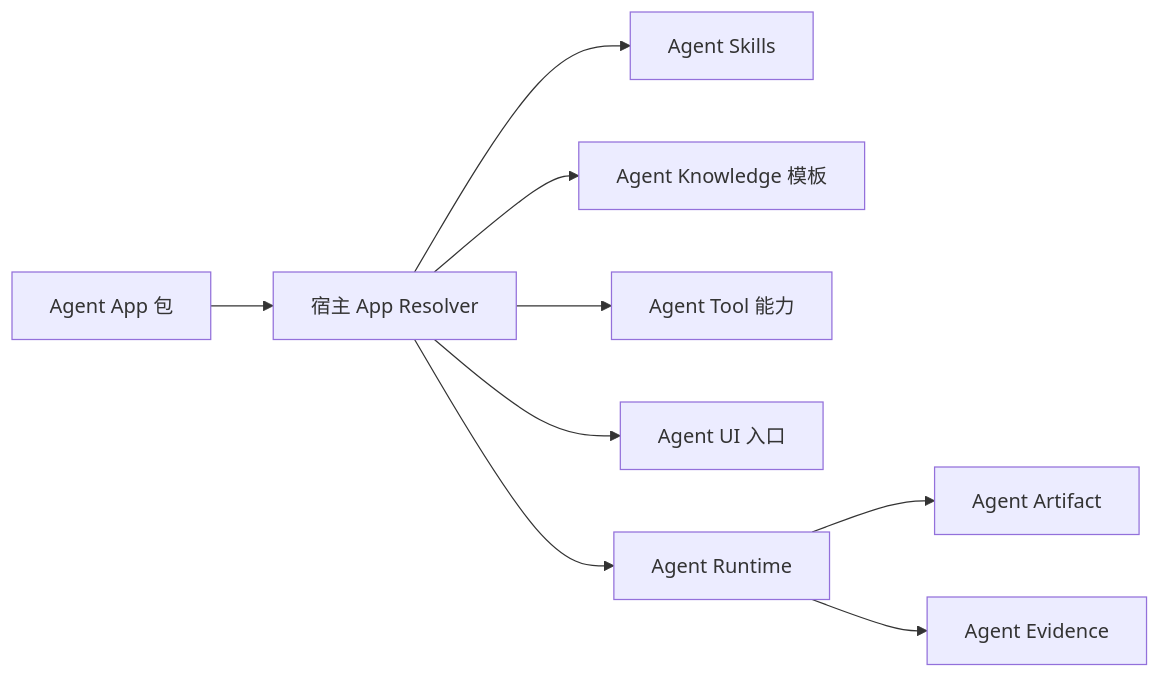
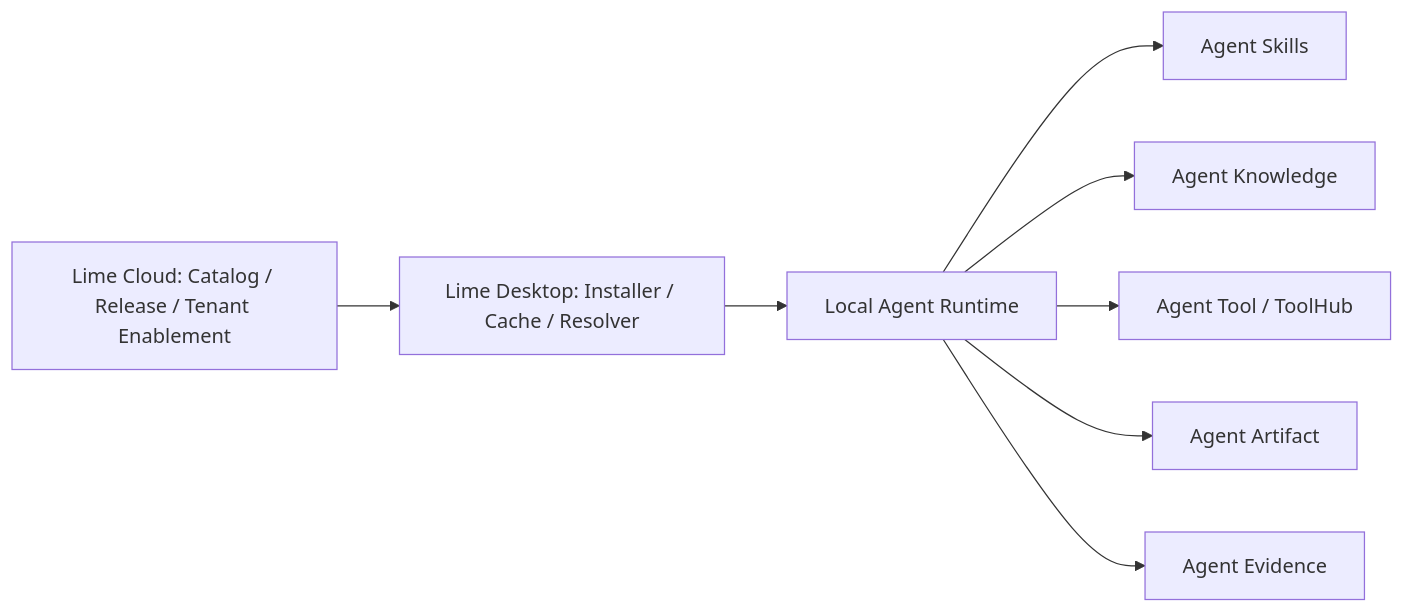
The diagram in docs/zh/what-is-agent-app.md (limecloud/agentapp), drawn with Mermaid before and after one commit. The commit also changed other lines of this file and 44 other files, not shown here.

Commit message:
docs: align agent app docs with agentknowledge

````diff
--- a/docs/zh/what-is-agent-app.md
+++ b/docs/zh/what-is-agent-app.md
@@ -21,11 +28,10 @@
 ```mermaid
 flowchart LR
-  App[Agent App 包] --> Resolver[宿主 App Resolver]
-  Resolver --> Skills[Agent Skills]
-  Resolver --> Knowledge[Agent Knowledge 模板]
-  Resolver --> Tools[Agent Tool 能力]
-  Resolver --> UI[Agent UI 入口]
-  Resolver --> Runtime[Agent Runtime]
+  Cloud[Lime Cloud: Catalog / Release / Tenant Enablement] --> Desktop[Lime Desktop: Installer / Cache / Resolver]
+  Desktop --> Runtime[Local Agent Runtime]
+  Runtime --> Skills[Agent Skills]
+  Runtime --> Knowledge[Agent Knowledge]
+  Runtime --> Tools[Agent Tool / ToolHub]
   Runtime --> Artifact[Agent Artifact]
   Runtime --> Evidence[Agent Evidence]
 ```
````
